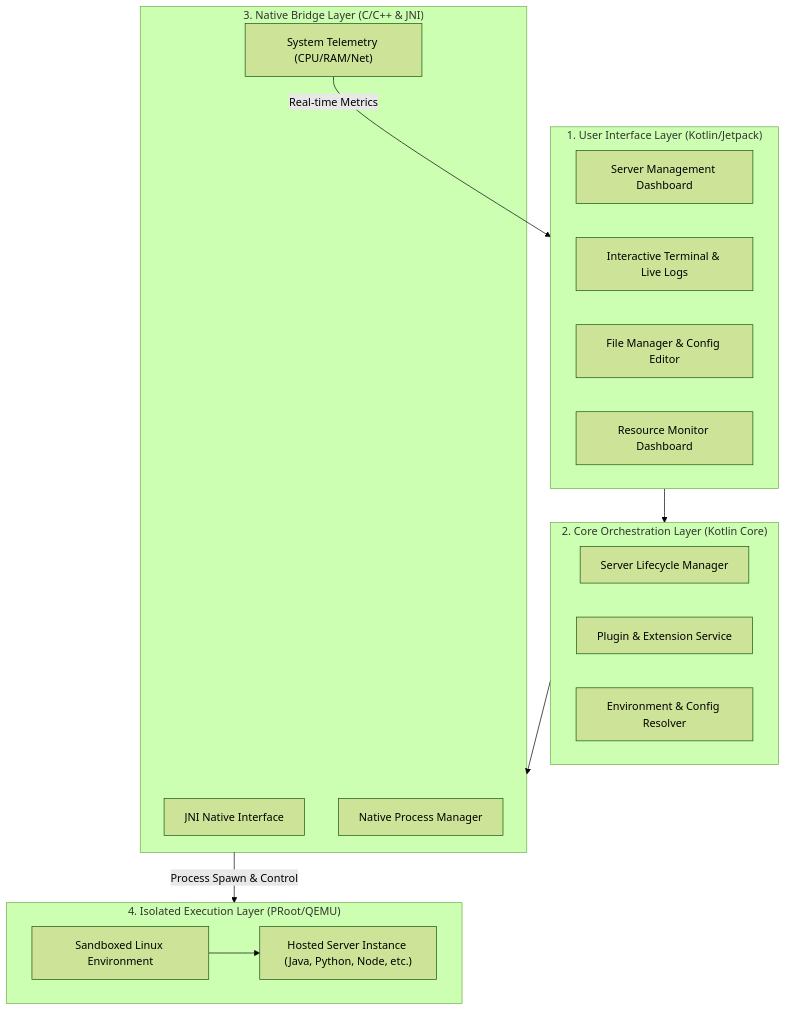
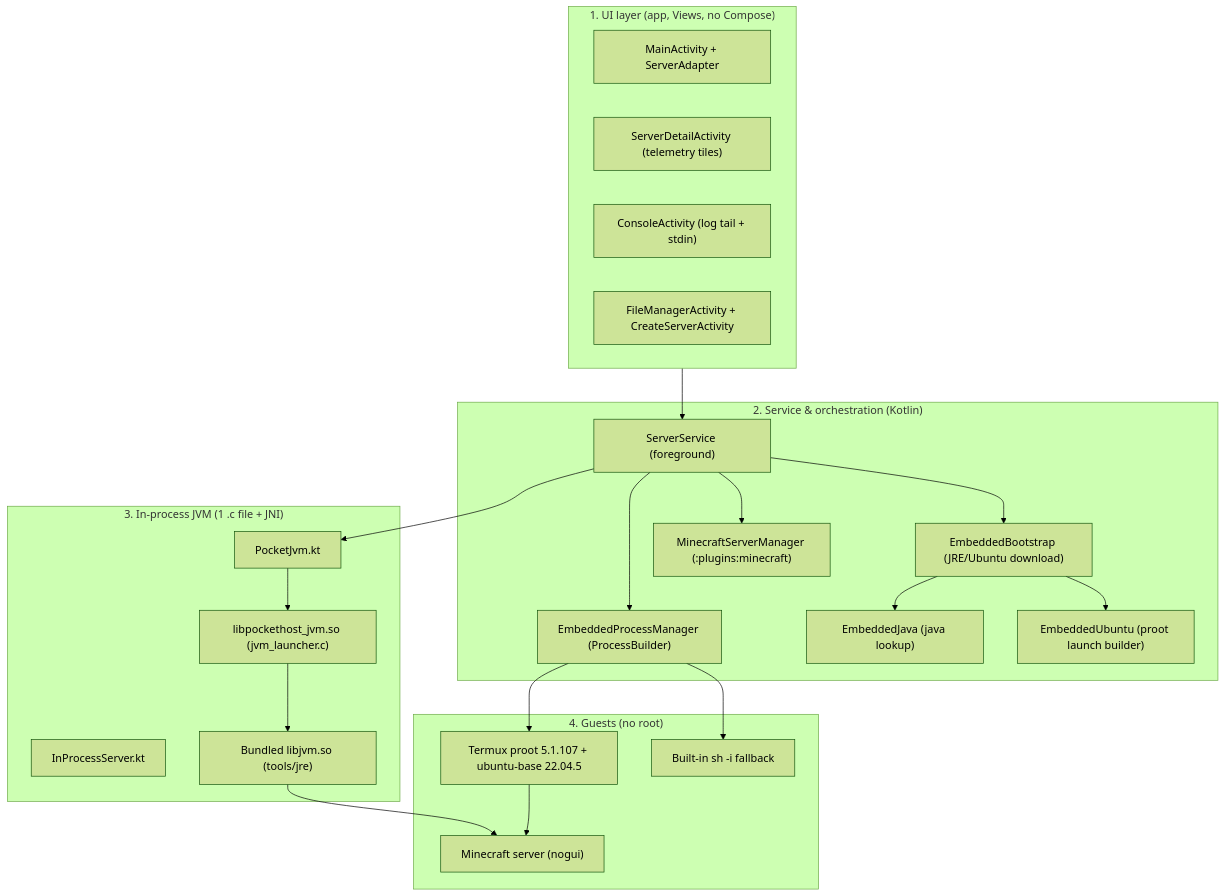
One commit to W1zago/PocketHost changed the first of 2 diagrams in README.md. Above: the diagram before and after it, drawn with Mermaid (forest theme). The commit also changed other lines of this file, not shown here.

````diff
--- a/README.md
+++ b/README.md
@@ -26,32 +41,45 @@
 ```mermaid
 flowchart TD
-    subgraph UI ["1. User Interface Layer (Kotlin/Jetpack)"]
-        Dashboard["Server Management Dashboard"]
-        ConsoleUI["Interactive Terminal & Live Logs"]
-        FMUI["File Manager & Config Editor"]
-        MonitorUI["Resource Monitor Dashboard"]
+    subgraph UI ["1. UI layer (app, Views, no Compose)"]
+        Main["MainActivity + ServerAdapter"]
+        Detail["ServerDetailActivity (telemetry tiles)"]
+        Console["ConsoleActivity (log tail + stdin)"]
+        Files["FileManagerActivity + CreateServerActivity"]
     end
 
-    subgraph Core ["2. Core Orchestration Layer (Kotlin Core)"]
-        ServerManager["Server Lifecycle Manager"]
-        PluginManager["Plugin & Extension Service"]
-        ConfigResolver["Environment & Config Resolver"]
+    subgraph Svc ["2. Service & orchestration (Kotlin)"]
+        Service["ServerService (foreground)"]
+        ProcMan["EmbeddedProcessManager (ProcessBuilder)"]
+        Bootstrap["EmbeddedBootstrap (JRE/Ubuntu download)"]
+        EmbJava["EmbeddedJava (java lookup)"]
+        EmbUbuntu["EmbeddedUbuntu (proot launch builder)"]
+        MineMgr["MinecraftServerManager (:plugins:minecraft)"]
     end
 
-    subgraph Native ["3. Native Bridge Layer (C/C++ & JNI)"]
-        JNIBridge["JNI Native Interface"]
-        ProcController["Native Process Manager"]
-        SysMonitor["System Telemetry (CPU/RAM/Net)"]
+    subgraph JVM ["3. In-process JVM (1 .c file + JNI)"]
+        PocketJvm["PocketJvm.kt"]
+        InProc["InProcessServer.kt"]
+        Native["libpockethost_jvm.so (jvm_launcher.c)"]
+        LibJvm["Bundled libjvm.so (tools/jre)"]
     end
 
-    subgraph Execution ["4. Isolated Execution Layer (PRoot/QEMU)"]
-        LinuxEnv["Sandboxed Linux Environment"]
-        ServerInstance["Hosted Server Instance (Java, Python, Node, etc.)"]
+    subgraph Guest ["4. Guests (no root)"]
+        Proot["Termux proot 5.1.107 + ubuntu-base 22.04.5"]
+        Shell["Built-in sh -i fallback"]
+        MC["Minecraft server (nogui)"]
     end
 
-    UI --> Core
-    Core --> Native
-    Native -->|Process Spawn & Control| Execution
-    SysMonitor -->|Real-time Metrics| UI
-    LinuxEnv --> ServerInstance
+    UI --> Service
+    Service --> ProcMan
+    Service --> Bootstrap
+    Bootstrap --> EmbJava
+    Bootstrap --> EmbUbuntu
+    Service --> MineMgr
+    Service --> PocketJvm
+    PocketJvm --> Native
+    Native --> LibJvm
+    LibJvm --> MC
+    ProcMan --> Proot
+    ProcMan --> Shell
+    Proot --> MC
 ```
````
